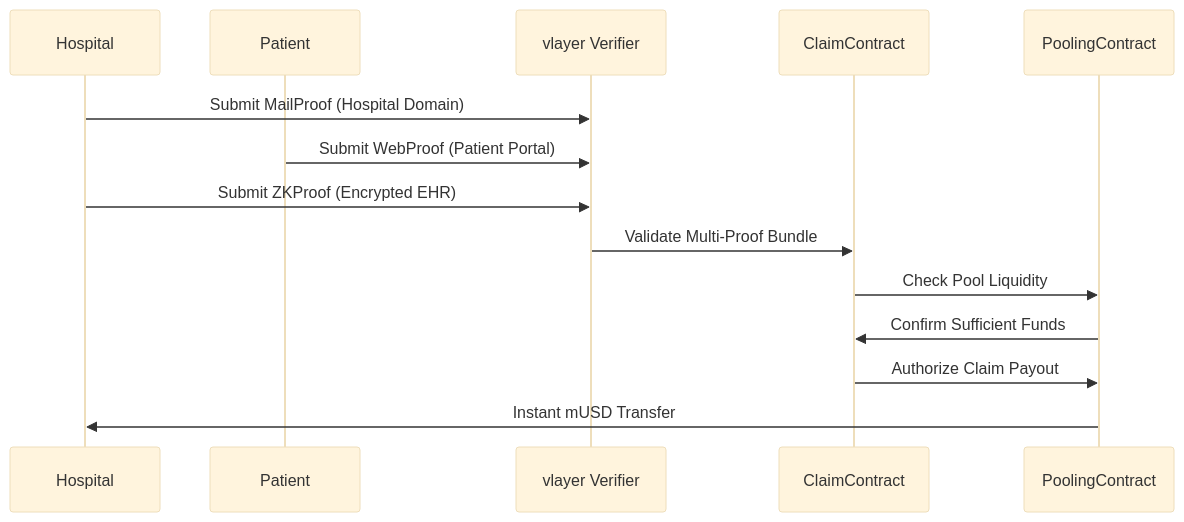
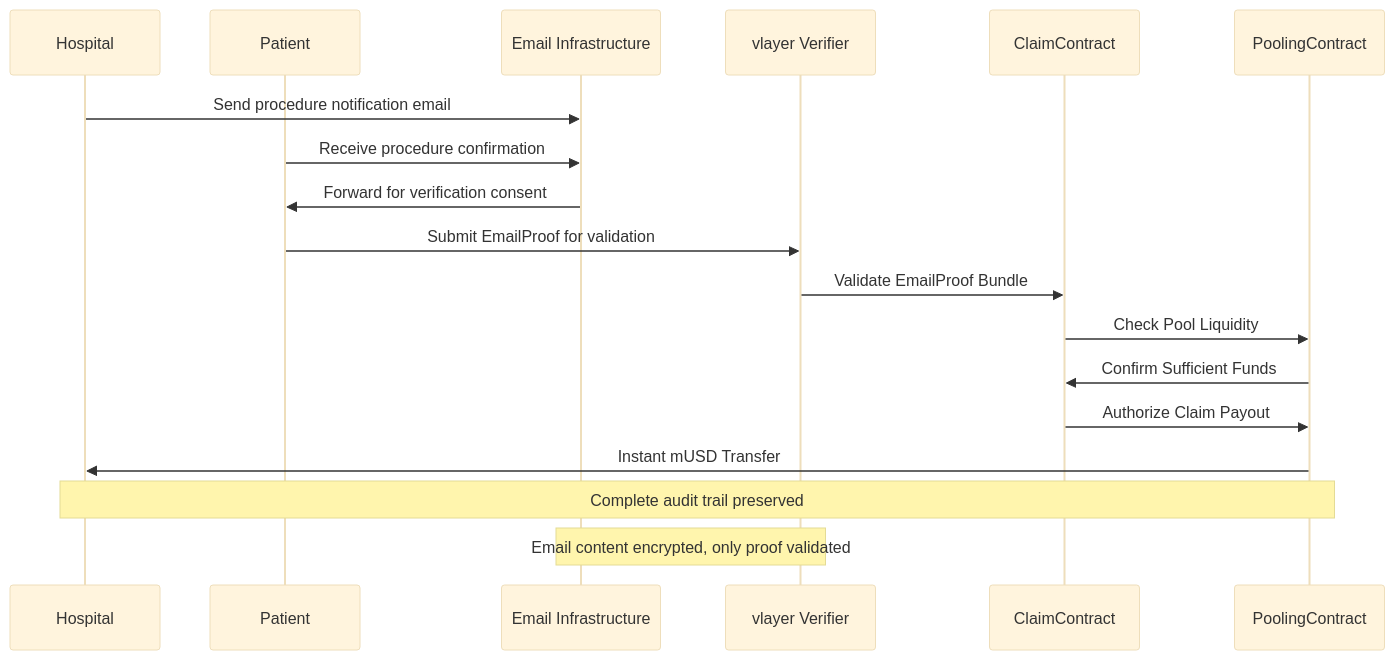
One commit to ppezzull/zkMed changed the fifth of 12 diagrams in memory-bank/systemPatterns.md. Above: the diagram before and after it, drawn with Mermaid (base theme). The commit also changed other lines of this file and 7 other files, not shown here.

````diff
--- a/memory-bank/systemPatterns.md
+++ b/memory-bank/systemPatterns.md
@@ -102,18 +102,23 @@
 ```mermaid
 sequenceDiagram
     participant H as Hospital
     participant P as Patient
+    participant E as Email Infrastructure
     participant V as vlayer Verifier
     participant C as ClaimContract
     participant Pool as PoolingContract
     
-    H->>V: Submit MailProof (Hospital Domain)
-    P->>V: Submit WebProof (Patient Portal)
-    H->>V: Submit ZKProof (Encrypted EHR)
+    H->>E: Send procedure notification email
+    P->>E: Receive procedure confirmation
+    E->>P: Forward for verification consent
+    P->>V: Submit EmailProof for validation
     
-    V->>C: Validate Multi-Proof Bundle
+    V->>C: Validate EmailProof Bundle
     C->>Pool: Check Pool Liquidity
     Pool->>C: Confirm Sufficient Funds
     C->>Pool: Authorize Claim Payout
     Pool->>H: Instant mUSD Transfer
+    
+    Note over H,Pool: Complete audit trail preserved
+    Note over E,V: Email content encrypted, only proof validated
 ```
````
